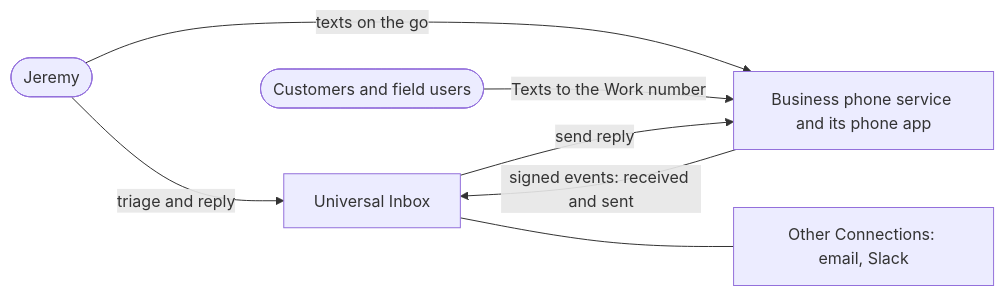
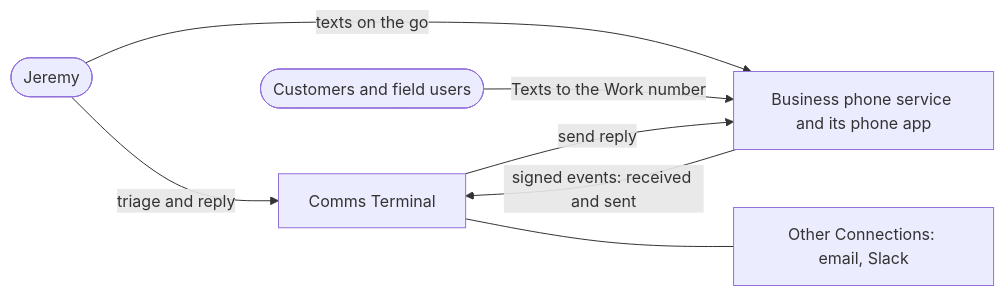
One commit to JMLegere/comms-terminal changed the second of 4 diagrams in .agents/discovery/2026-10-12-sms.md. Above: the diagram before and after it, drawn with Mermaid. The commit also changed other lines of this file and 181 other files, not shown here.

First line of the commit message:
Rename: Universal Inbox is now Comms Terminal

````diff
--- a/.agents/discovery/2026-10-12-sms.md
+++ b/.agents/discovery/2026-10-12-sms.md
@@ -239,9 +239,9 @@
 ```mermaid
 flowchart LR
-  J([Jeremy]) -->|triage and reply| UI[Universal Inbox]
+  J([Jeremy]) -->|triage and reply| UI[Comms Terminal]
   J -->|texts on the go| PS[Business phone service and its phone app]
   CU([Customers and field users]) -->|Texts to the Work number| PS
   PS -->|signed events: received and sent| UI
   UI -->|send reply| PS
   UI --- OC[Other Connections: email, Slack]
 ```
````
